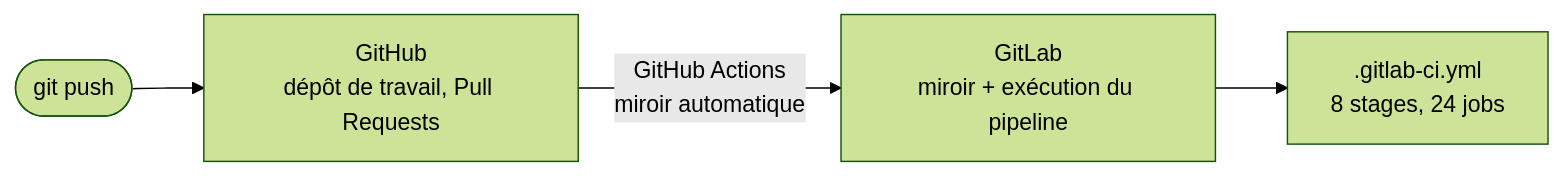
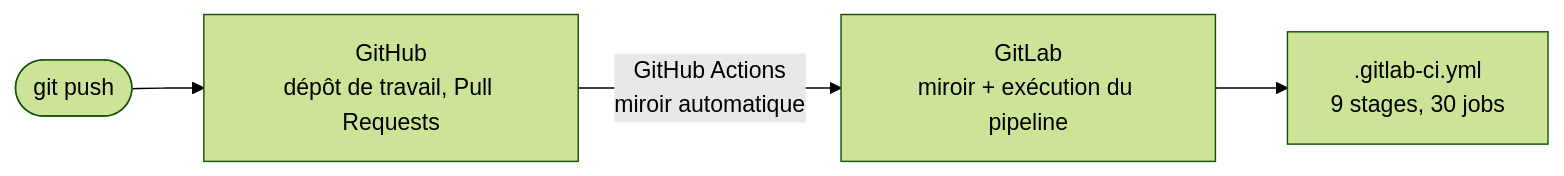
Before and after one commit to TedPasquiet/G-rez-le-cycle-de-vie-de-d-veloppement-logiciel: the fifth of 8 diagrams in ARCHITECTURE.md, drawn with Mermaid (forest theme). The commit also changed other lines of this file and 26 other files, not shown here.

````diff
--- a/ARCHITECTURE.md
+++ b/ARCHITECTURE.md
@@ -177,6 +186,6 @@
 ```mermaid
 flowchart LR
     dev([git push]) --> gh[GitHub<br/>dépôt de travail, Pull Requests]
     gh -->|GitHub Actions<br/>miroir automatique| gl[GitLab<br/>miroir + exécution du pipeline]
-    gl --> ci[".gitlab-ci.yml<br/>8 stages, 24 jobs"]
+    gl --> ci[".gitlab-ci.yml<br/>9 stages, 30 jobs"]
 ```
````
